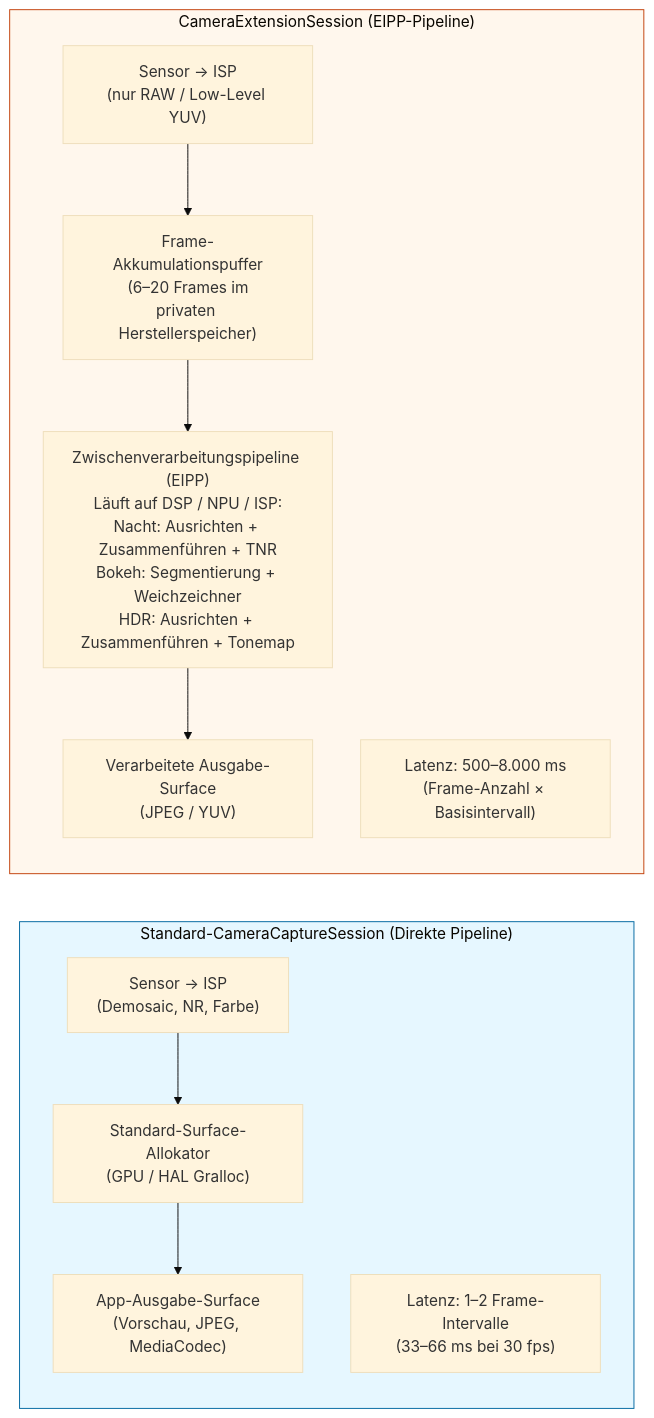
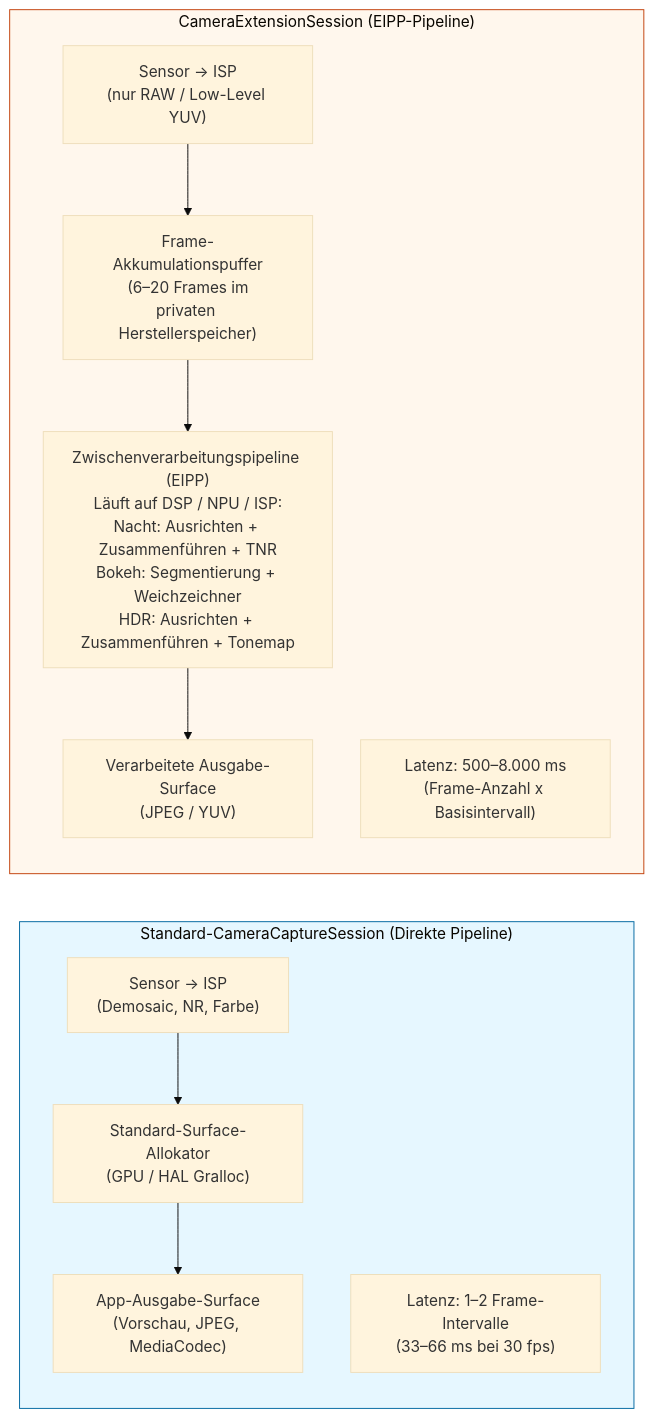
One commit to zoozooll/AndroidCameraParameters changed the first of 2 diagrams in website/i18n/de/docusaurus-plugin-content-docs/current/camera2/camera-extensions.md. Above: the diagram before and after it, drawn with Mermaid (base theme). The commit also changed other lines of this file and 77 other files, not shown here.

First line of the commit message:
docs: standardize Mermaid syntax and polish 3A pipeline translations

````diff
--- a/website/i18n/de/docusaurus-plugin-content-docs/current/camera2/camera-extensions.md
+++ b/website/i18n/de/docusaurus-plugin-content-docs/current/camera2/camera-extensions.md
@@ -34,24 +34,24 @@
 ```mermaid
 flowchart LR
     subgraph STANDARD["Standard-CameraCaptureSession (Direkte Pipeline)"]
         direction TB
-        S1["Sensor → ISP<br/>(Demosaic, NR, Farbe)"]
+        S1["Sensor -> ISP<br/>(Demosaic, NR, Farbe)"]
         S2["Standard-Surface-Allokator<br/>(GPU / HAL Gralloc)"]
         S3["App-Ausgabe-Surface<br/>(Vorschau, JPEG, MediaCodec)"]
         S1 --> S2 --> S3
         SLAT["Latenz: 1–2 Frame-Intervalle<br/>(33–66 ms bei 30 fps)"]
     end
 
     subgraph EXTENSION["CameraExtensionSession (EIPP-Pipeline)"]
         direction TB
-        E1["Sensor → ISP<br/>(nur RAW / Low-Level YUV)"]
+        E1["Sensor -> ISP<br/>(nur RAW / Low-Level YUV)"]
         E2["Frame-Akkumulationspuffer<br/>(6–20 Frames im<br/>privaten Herstellerspeicher)"]
         E3["Zwischenverarbeitungspipeline (EIPP)<br/>Läuft auf DSP / NPU / ISP:<br/>Nacht: Ausrichten + Zusammenführen + TNR<br/>Bokeh: Segmentierung + Weichzeichner<br/>HDR: Ausrichten + Zusammenführen + Tonemap"]
         E4["Verarbeitete Ausgabe-Surface<br/>(JPEG / YUV)"]
         E1 --> E2 --> E3 --> E4
-        ELAT["Latenz: 500–8.000 ms<br/>(Frame-Anzahl × Basisintervall)"]
+        ELAT["Latenz: 500–8.000 ms<br/>(Frame-Anzahl x Basisintervall)"]
     end
 
     style STANDARD fill:#e6f7ff,stroke:#0369a1
     style EXTENSION fill:#fff7ed,stroke:#c2410c
 ```
````
